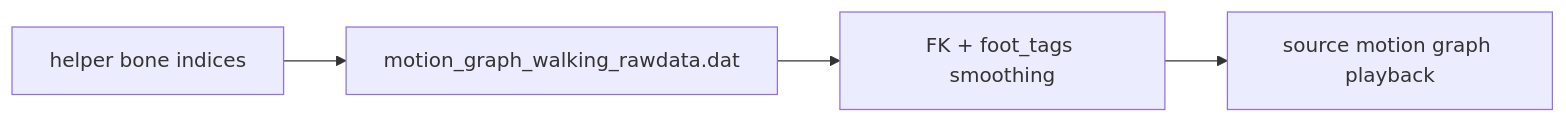
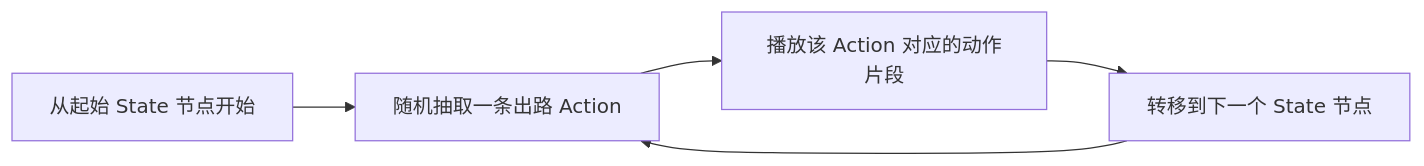
One commit to EvihGraphics/AnimationTech-HTC changed the fourth of 6 diagrams in docs/blog/AnimationPapers/precomputing_avatar_behavior/README.md. Above: the diagram before and after it, drawn with Mermaid. The commit also changed other lines of this file and 17 other files, not shown here.

Commit message:
docs(blog): standardize AnimationPapers and Theory with modular mermaid flows and media assets

````diff
--- a/docs/blog/AnimationPapers/precomputing_avatar_behavior/README.md
+++ b/docs/blog/AnimationPapers/precomputing_avatar_behavior/README.md
@@ -68,6 +94,7 @@
 ```mermaid
 flowchart LR
-    H[helper bone indices] --> D[motion_graph_walking_rawdata.dat]
-    D --> F[FK + foot_tags smoothing]
-    F --> V[source motion graph playback]
+    A[从起始 State 节点开始] --> B[随机抽取一条出路 Action]
+    B --> C[播放该 Action 对应的动作片段]
+    C --> D[转移到下一个 State 节点]
+    D --> B
 ```
````
